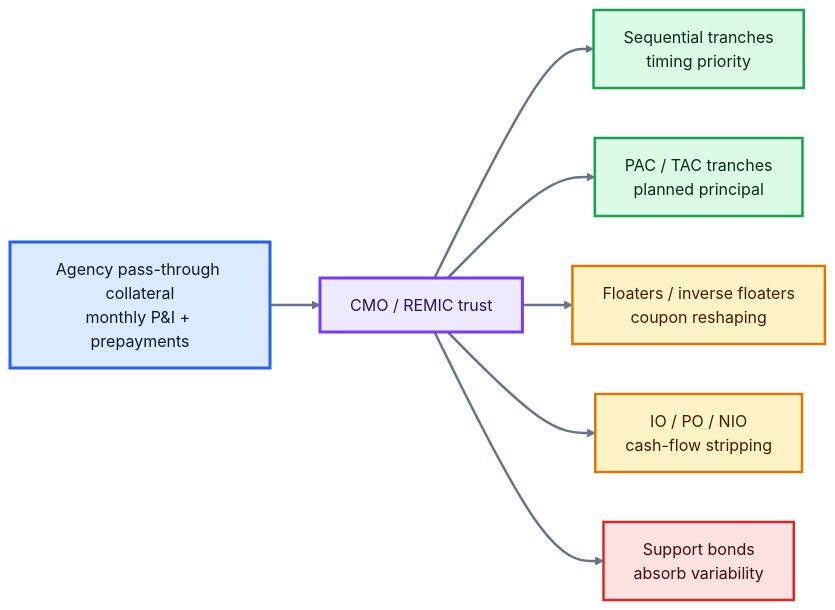
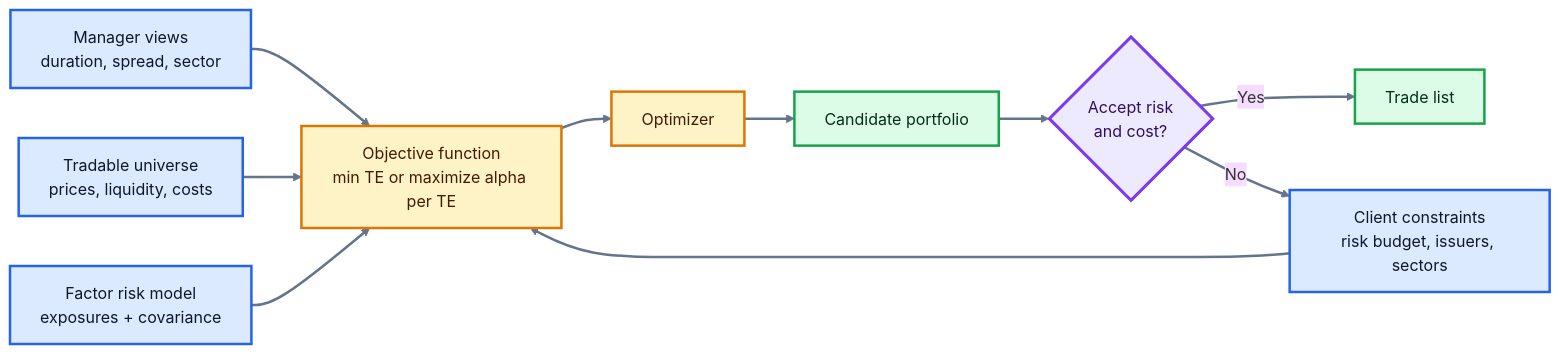
Before and after one commit to AliBoloor/BUS411: the fourth of 4 diagrams in lecture_notes/lec6.qmd, drawn with Mermaid. The commit also changed other lines of this file and 1 other file, not shown here.

````diff
--- a/lecture_notes/lec6.qmd
+++ b/lecture_notes/lec6.qmd
@@ -864,21 +776,22 @@
 ```{mermaid}
 %%{init: {"theme": "base", "themeVariables": {"fontFamily": "Inter, Arial, sans-serif", "lineColor": "#64748b"}}}%%
 flowchart LR
-  A["Agency pass-through collateral<br/>monthly P&I + prepayments"] --> B["CMO / REMIC trust"]
-  B --> C["Sequential tranches<br/>timing priority"]
-  B --> D["PAC / TAC tranches<br/>planned principal"]
-  B --> E["Floaters / inverse floaters<br/>coupon reshaping"]
-  B --> F["IO / PO / NIO<br/>cash-flow stripping"]
-  B --> G["Support bonds<br/>absorb variability"]
-  classDef collateral fill:#dbeafe,stroke:#2563eb,stroke-width:3px,color:#0f172a;
-  classDef trust fill:#ede9fe,stroke:#7c3aed,stroke-width:3px,color:#2e1065;
-  classDef stable fill:#dcfce7,stroke:#16a34a,stroke-width:2.5px,color:#052e16;
-  classDef option fill:#fef3c7,stroke:#d97706,stroke-width:2.5px,color:#451a03;
-  classDef risky fill:#fee2e2,stroke:#dc2626,stroke-width:2.5px,color:#450a0a;
-  class A collateral;
-  class B trust;
-  class C,D stable;
-  class E,F option;
-  class G risky;
+  A["Manager views<br/>duration, spread, sector"] --> C["Objective function<br/>min TE or maximize alpha per TE"]
+  B["Client constraints<br/>risk budget, issuers, sectors"] --> C
+  D["Tradable universe<br/>prices, liquidity, costs"] --> C
+  E["Factor risk model<br/>exposures + covariance"] --> C
+  C --> F["Optimizer"]
+  F --> G["Candidate portfolio"]
+  G --> H{"Accept risk<br/>and cost?"}
+  H -->|Yes| I["Trade list"]
+  H -->|No| B
+  classDef input fill:#dbeafe,stroke:#2563eb,stroke-width:2.5px,color:#0f172a;
+  classDef objective fill:#fef3c7,stroke:#d97706,stroke-width:2.5px,color:#451a03;
+  classDef output fill:#dcfce7,stroke:#16a34a,stroke-width:2.5px,color:#052e16;
+  classDef decision fill:#ede9fe,stroke:#7c3aed,stroke-width:3px,color:#2e1065;
+  class A,B,D,E input;
+  class C,F objective;
+  class G,I output;
+  class H decision;
   linkStyle default stroke:#64748b,stroke-width:2.5px;
 ```
````
